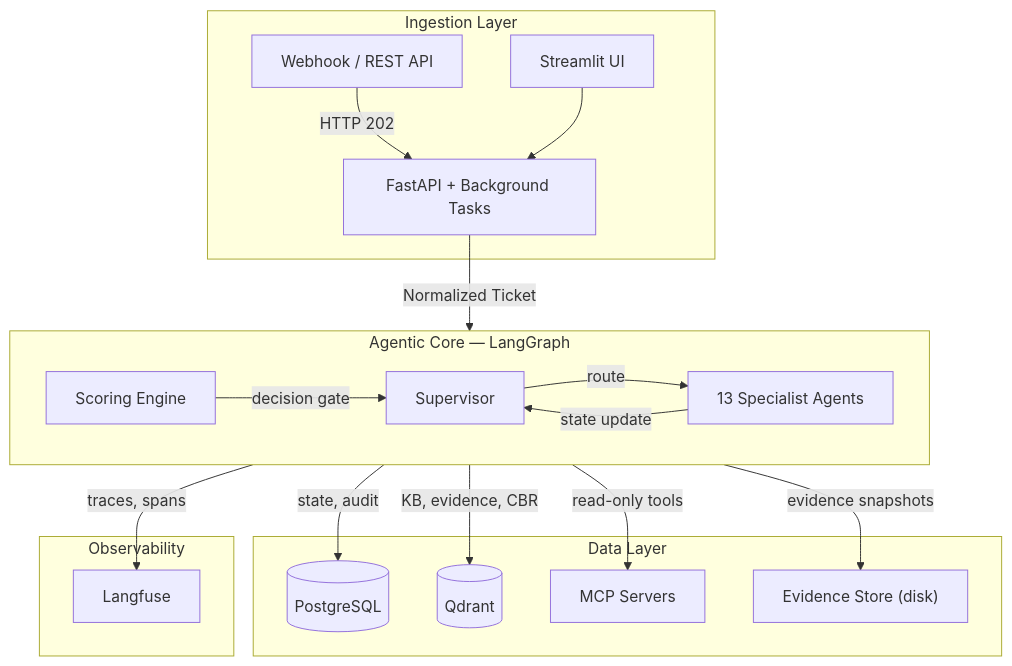
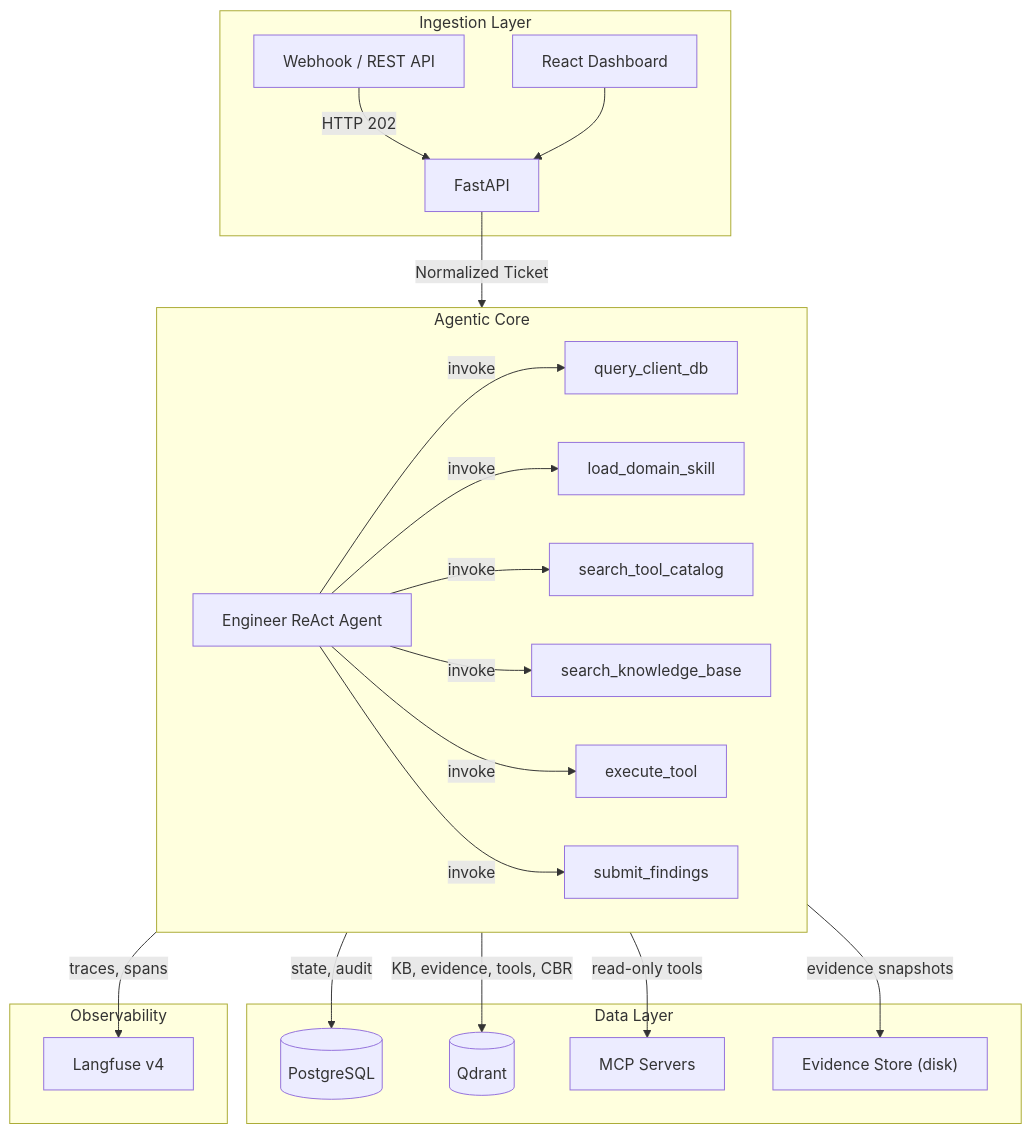
The diagram in docs/architecture/overview.md (jofra02/L8R), drawn with Mermaid before and after one commit. The commit also changed other lines of this file and 25 other files, not shown here.

First line of the commit message:
docs: overhaul documentation for single Engineer agent architecture

````diff
--- a/docs/architecture/overview.md
+++ b/docs/architecture/overview.md
@@ -16,33 +16,37 @@
 ```mermaid
 graph TD
     subgraph "Ingestion Layer"
-        WH["Webhook / REST API"] -->|"HTTP 202"| API["FastAPI + Background Tasks"]
-        UI["Streamlit UI"] --> API
+        WH["Webhook / REST API"] -->|"HTTP 202"| API["FastAPI"]
+        UI["React Dashboard"] --> API
     end
 
     API -->|"Normalized Ticket"| CORE
 
-    subgraph CORE["Agentic Core — LangGraph"]
-        SV["Supervisor"] -->|route| AGENTS["13 Specialist Agents"]
-        AGENTS -->|state update| SV
-        SC["Scoring Engine"] -->|decision gate| SV
+    subgraph CORE["Agentic Core"]
+        ENG["Engineer ReAct Agent"]
+        ENG -->|invoke| MT1["query_client_db"]
+        ENG -->|invoke| MT2["load_domain_skill"]
+        ENG -->|invoke| MT3["search_tool_catalog"]
+        ENG -->|invoke| MT4["search_knowledge_base"]
+        ENG -->|invoke| MT5["execute_tool"]
+        ENG -->|invoke| MT6["submit_findings"]
     end
 
     subgraph DATA["Data Layer"]
         PG[("PostgreSQL")]
         QD[("Qdrant")]
         MCP_S["MCP Servers"]
         FS["Evidence Store (disk)"]
     end
 
     CORE -->|"state, audit"| PG
-    CORE -->|"KB, evidence, CBR"| QD
+    CORE -->|"KB, evidence, tools, CBR"| QD
     CORE -->|"read-only tools"| MCP_S
     CORE -->|"evidence snapshots"| FS
 
     subgraph OBS["Observability"]
-        LF["Langfuse"]
+        LF["Langfuse v4"]
     end
 
     CORE -->|"traces, spans"| LF
 ```
````
